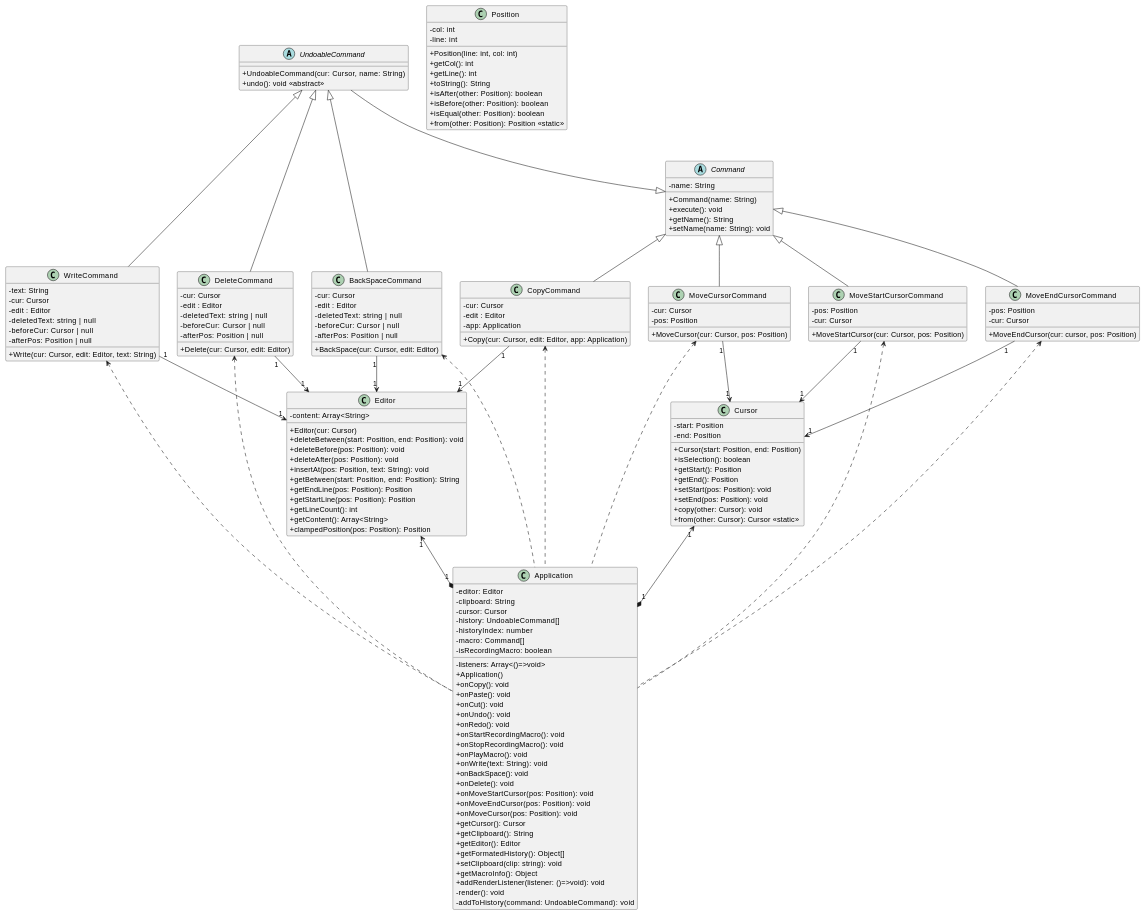
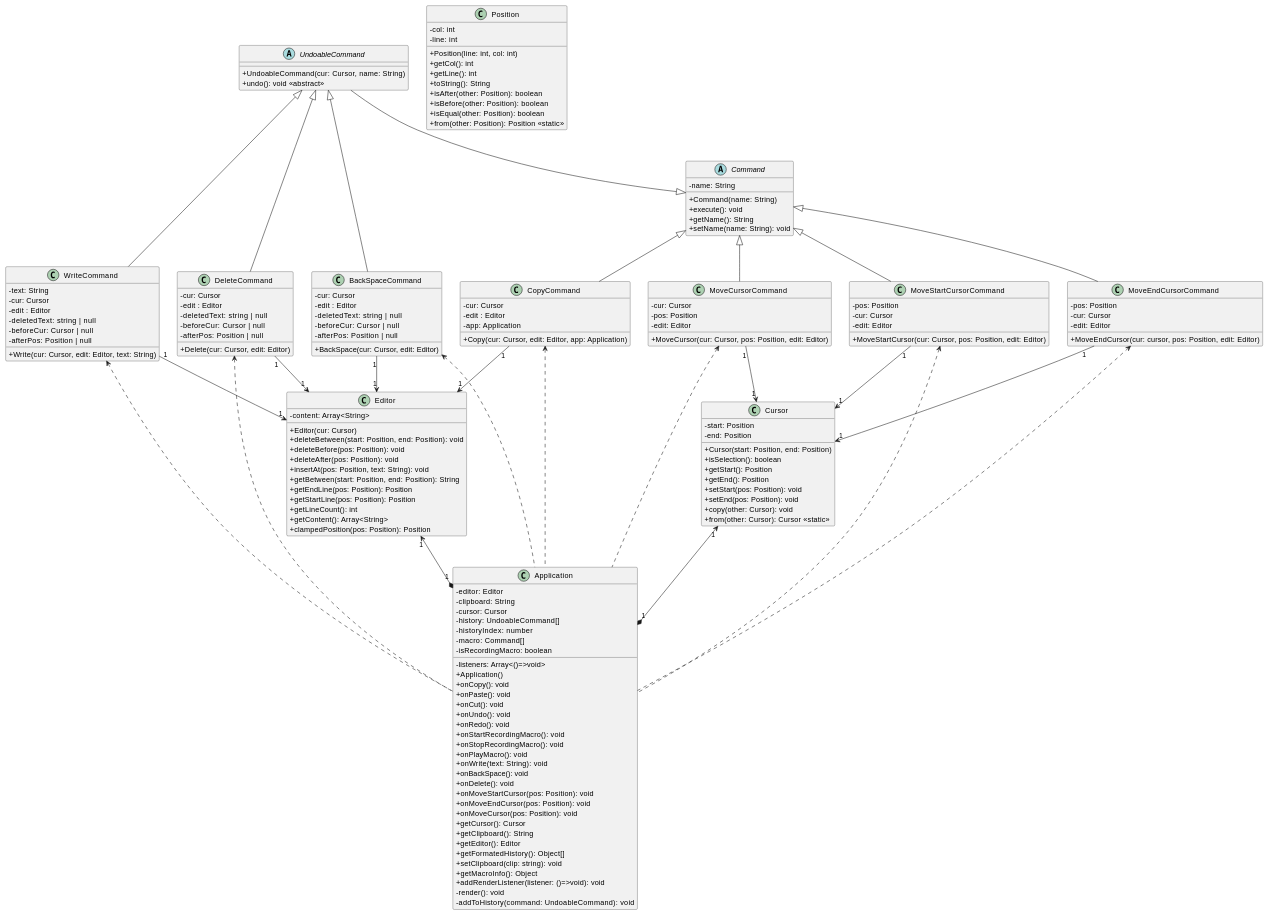
Before and after one commit to CodyAdam/another-useless-text-editor: the sixth of 9 diagrams in README.md, drawn with PlantUML. The commit also changed other lines of this file, not shown here.

```diff
--- a/README.md
+++ b/README.md
@@ -672,19 +739,22 @@
     class MoveCursorCommand {
         -cur: Cursor
         -pos: Position
-        +MoveCursor(cur: Cursor, pos: Position)
+        -edit: Editor
+        +MoveCursor(cur: Cursor, pos: Position, edit: Editor)
     }
 
     class MoveStartCursorCommand {
         -pos: Position
         -cur: Cursor
-        +MoveStartCursor(cur: Cursor, pos: Position)
+        -edit: Editor
+        +MoveStartCursor(cur: Cursor, pos: Position, edit: Editor)
     }
 
     class MoveEndCursorCommand {
         -pos: Position
         -cur: Cursor
-        +MoveEndCursor(cur: cursor, pos: Position)
+        -edit: Editor
+        +MoveEndCursor(cur: cursor, pos: Position, edit: Editor)
     }
 
 
```
